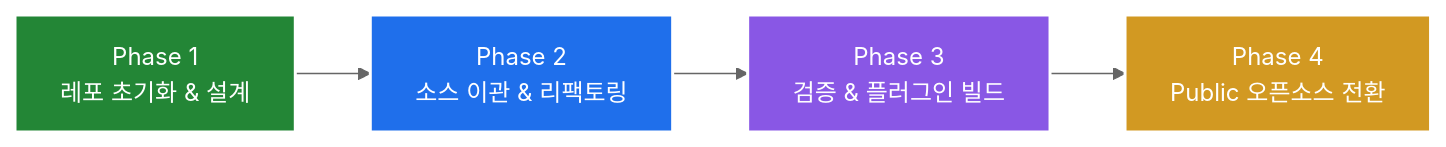
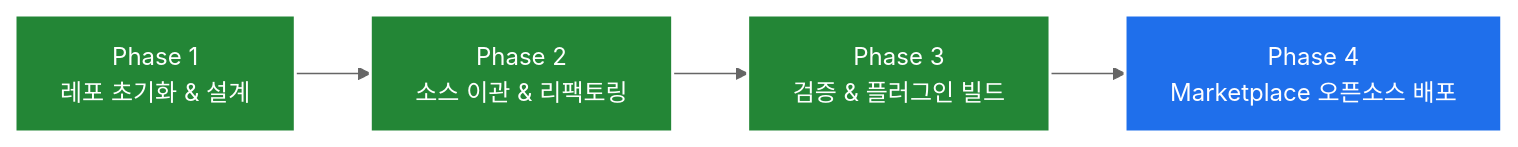
Before and after one commit to sweetpark/mybatis-sql-tuner-ai: the diagram in README.md, drawn with Mermaid (neutral theme). The commit also changed other lines of this file and 10 other files, not shown here.

````diff
--- a/README.md
+++ b/README.md
@@ -59,10 +75,10 @@
 ```mermaid
 graph LR
     P1["Phase 1<br/>레포 초기화 & 설계"] --> P2["Phase 2<br/>소스 이관 & 리팩토링"]
     P2 --> P3["Phase 3<br/>검증 & 플러그인 빌드"]
-    P3 --> P4["Phase 4<br/>Public 오픈소스 전환"]
+    P3 --> P4["Phase 4<br/>Marketplace 오픈소스 배포"]
     style P1 fill:#238636,stroke:#fff,stroke-width:2px,color:#fff
-    style P2 fill:#1f6feb,stroke:#fff,stroke-width:2px,color:#fff
-    style P3 fill:#8957e5,stroke:#fff,stroke-width:2px,color:#fff
-    style P4 fill:#d29922,stroke:#fff,stroke-width:2px,color:#fff
+    style P2 fill:#238636,stroke:#fff,stroke-width:2px,color:#fff
+    style P3 fill:#238636,stroke:#fff,stroke-width:2px,color:#fff
+    style P4 fill:#1f6feb,stroke:#fff,stroke-width:2px,color:#fff
 ```
````
